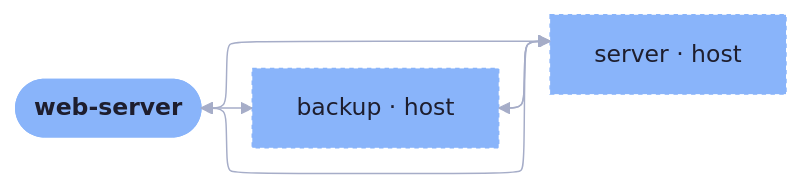
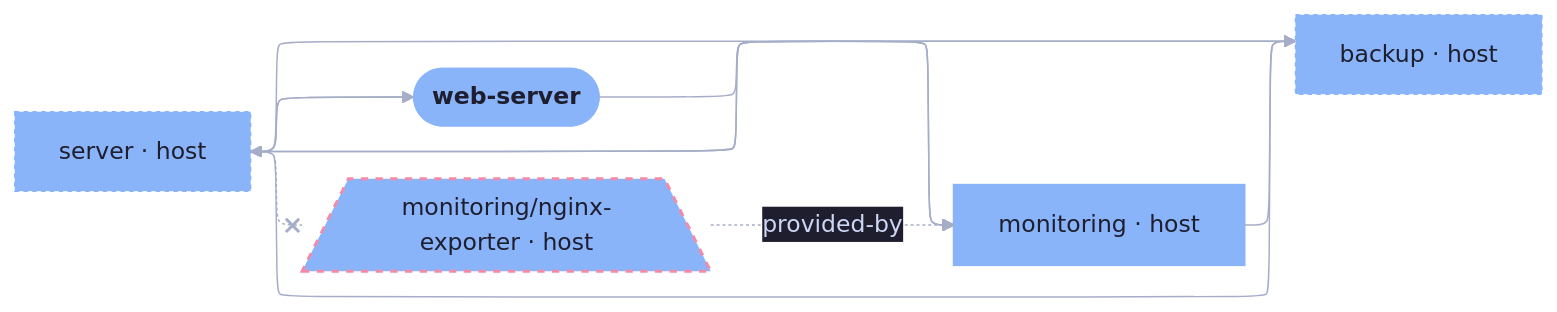
Before and after one commit to sini/den: the diagram in templates/diag-fx-demo/diagrams/web-server-adapters.md, drawn with Mermaid. The commit also changed 526 other files, not shown here.

Commit message:
chore: update fx diagrams

````diff
--- a/templates/diag-fx-demo/diagrams/web-server-adapters.md
+++ b/templates/diag-fx-demo/diagrams/web-server-adapters.md
@@ -5,18 +5,27 @@
 ```mermaid
 %%{init: {"elk":{"mergeEdges":true,"nodePlacementStrategy":"BRANDES_KOEPF"},"layout":"elk","theme":"base","themeVariables":{"activationBkgColor":"#313244","activationBorderColor":"#6c7086","actorBkg":"#313244","actorBorder":"#a6adc8","actorLineColor":"#a6adc8","actorTextColor":"#cdd6f4","background":"#1e1e2e","classText":"#cdd6f4","clusterBkg":"#313244","clusterBorder":"#6c7086","edgeLabelBackground":"#1e1e2e","labelBoxBkgColor":"#313244","labelBoxBorderColor":"#a6adc8","labelTextColor":"#cdd6f4","lineColor":"#a6adc8","loopTextColor":"#cdd6f4","mainBkg":"#313244","nodeBkg":"#313244","nodeBorder":"#a6adc8","nodeTextColor":"#cdd6f4","noteBkgColor":"#313244","noteBorderColor":"#6c7086","noteTextColor":"#cdd6f4","pie1":"#f38ba8","pie2":"#fab387","pie3":"#f9e2af","pie4":"#a6e3a1","pie5":"#94e2d5","pie6":"#89b4fa","pie7":"#cba6f7","pie8":"#f2cdcd","pieLegendTextColor":"#cdd6f4","pieOuterStrokeColor":"#6c7086","pieSectionTextColor":"#cdd6f4","pieStrokeColor":"#6c7086","pieTitleTextColor":"#cdd6f4","primaryBorderColor":"#a6adc8","primaryColor":"#313244","primaryTextColor":"#cdd6f4","secondBkg":"#313244","secondaryBorderColor":"#6c7086","secondaryColor":"#313244","secondaryTextColor":"#cdd6f4","sequenceNumberColor":"#1e1e2e","signalColor":"#a6adc8","signalTextColor":"#cdd6f4","tertiaryBorderColor":"#6c7086","tertiaryColor":"#313244","tertiaryTextColor":"#cdd6f4","textColor":"#cdd6f4","titleColor":"#cdd6f4"}}}%%
 graph LR
   web_server([web-server]):::root
   backup["backup · host"]:::backup_c
+  monitoring["monitoring · host"]:::monitoring_c
+  monitoring__nginx_exporter[/"monitoring/nginx-exporter · host"\]:::monitoring__nginx_exporter_c
   server["server · host"]:::server_c
 
   backup --> server
+  monitoring --> backup
   server --> backup
   web_server --> backup
+  monitoring --> server
   web_server --> server
+  server --> monitoring
+  server -.-x monitoring__nginx_exporter
   server --> web_server
+  monitoring__nginx_exporter -.->|provided-by| monitoring
 
   classDef root fill:#89b4fa,stroke:#89b4fa,color:#1e1e2e,font-weight:bold
   classDef backup_c fill:#89b4fa,stroke:#89b4fa,color:#1e1e2e,stroke-dasharray: 3 3,stroke-width:1px
+  classDef monitoring_c fill:#89b4fa,stroke:#89b4fa,color:#1e1e2e,stroke-width:2px
+  classDef monitoring__nginx_exporter_c fill:#89b4fa,stroke:#f38ba8,color:#1e1e2e,stroke-dasharray: 5 5,stroke-width:2px
   classDef server_c fill:#89b4fa,stroke:#89b4fa,color:#1e1e2e,stroke-dasharray: 3 3,stroke-width:1px
   classDef web_server_c fill:#cba6f7,stroke:#cba6f7,color:#1e1e2e,stroke-width:3px
 ```
````
